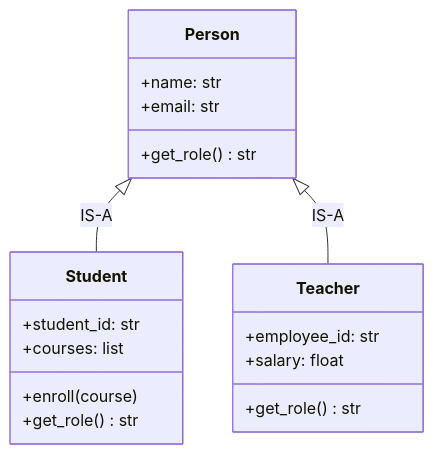
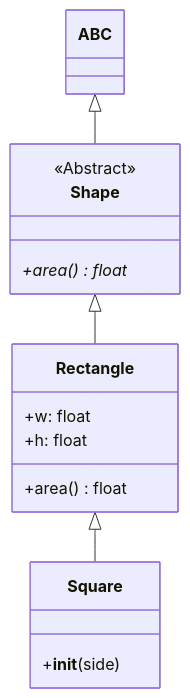
The fourth of 4 diagrams in 13-OOP-INHERITANCE-AND-MRO/README.md (Kimaathii/BCPD-python-training-), drawn with Mermaid before and after one commit. The commit also changed other lines of this file and 15 other files, not shown here.

````diff
--- a/13-OOP-INHERITANCE-AND-MRO/README.md
+++ b/13-OOP-INHERITANCE-AND-MRO/README.md
@@ -396,21 +468,18 @@
 ```mermaid
 classDiagram
-    Person <|-- Student : IS-A
-    Person <|-- Teacher : IS-A
-    class Person {
-        +name: str
-        +email: str
-        +get_role() str
+    ABC <|-- Shape
+    Shape <|-- Rectangle
+    Rectangle <|-- Square
+    class Shape {
+        <<Abstract>>
+        +area()* float
     }
-    class Student {
-        +student_id: str
-        +courses: list
-        +enroll(course)
-        +get_role() str
+    class Rectangle {
+        +w: float
+        +h: float
+        +area() float
     }
-    class Teacher {
-        +employee_id: str
-        +salary: float
-        +get_role() str
+    class Square {
+        +__init__(side)
     }
 ```
````
